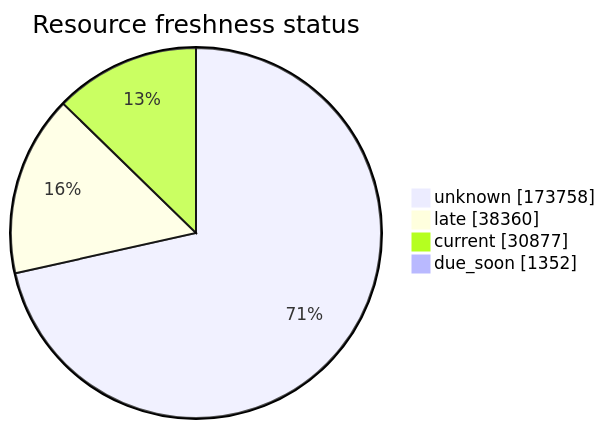
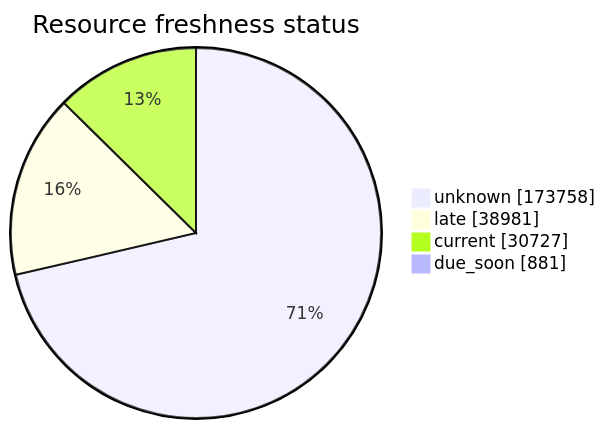
One commit to open-data/analytics-corporate-reporting changed the third of 5 diagrams in FreshCheck/README.md. Above: the diagram before and after it, drawn with Mermaid. The commit also changed other lines of this file and 3 other files, not shown here.

````diff
--- a/FreshCheck/README.md
+++ b/FreshCheck/README.md
@@ -77,7 +77,7 @@
 ```mermaid
 pie showData title Resource freshness status
     "unknown": 173758
-    "late": 38360
-    "current": 30877
-    "due_soon": 1352
+    "late": 38981
+    "current": 30727
+    "due_soon": 881
 ```
````
